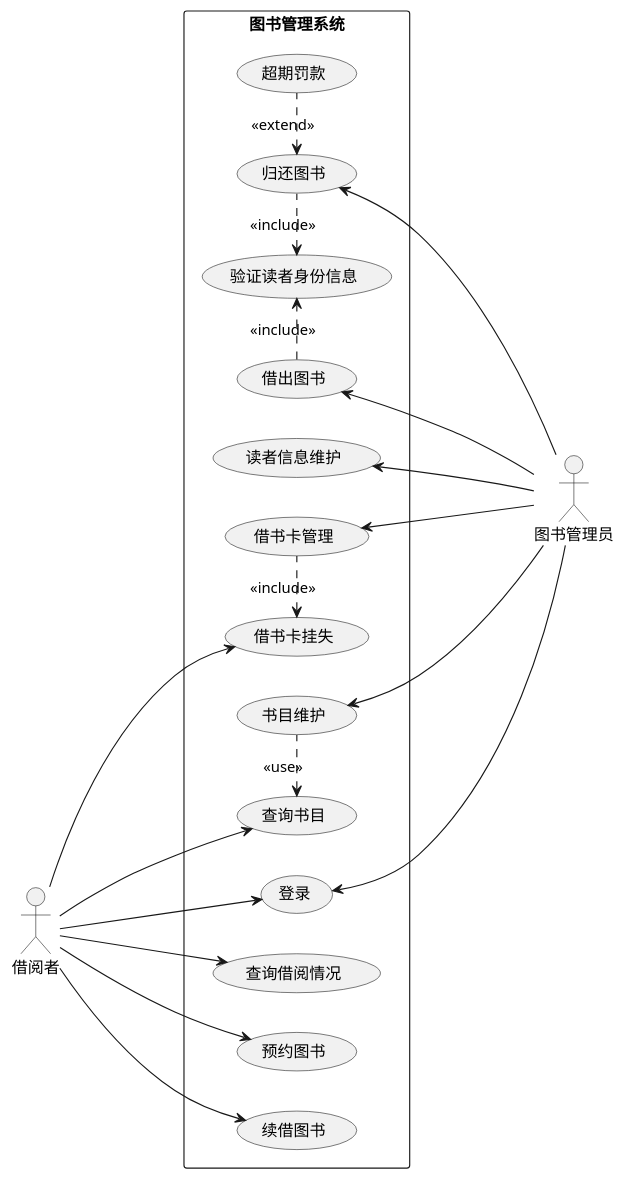
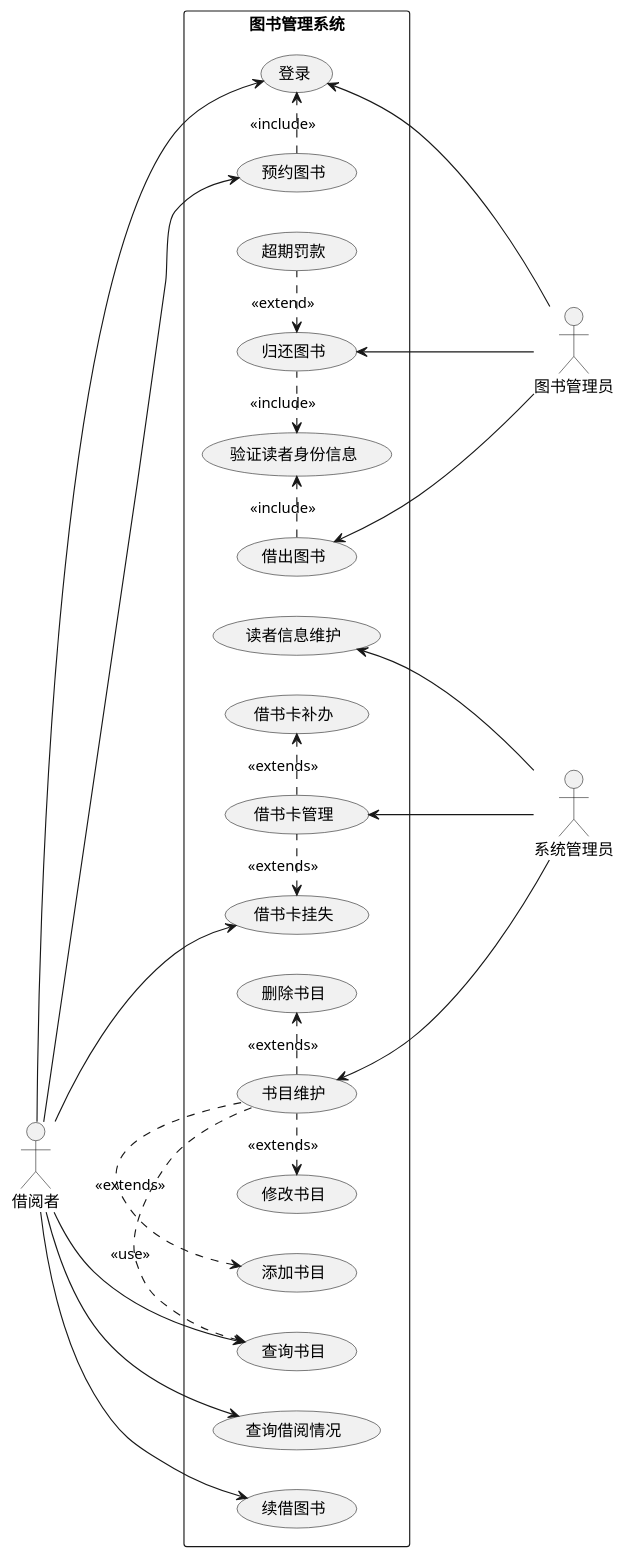
Before and after one commit to chengxinkaicxk/is_analysis: the diagram in test2/libManagerSys.puml, drawn with PlantUML. The commit also changed 1 other file, not shown here.

```diff
--- a/test2/libManagerSys.puml
+++ b/test2/libManagerSys.puml
@@ -1,27 +1,36 @@
 @startuml
 
 left to right direction
+:系统管理员: as SysAdmin
 :图书管理员: as Admin
 :借阅者: as User
 
 
-rectangle 图书管理系统 {
-User ---> (登录)
-User ---> (查询借阅情况)
-User ---> (预约图书)
-User ---> (续借图书)
-User ---> (查询书目)
-User ---> (借书卡挂失)
+rectangle 图书管理系统{
+User --> (登录)
+User --> (查询借阅情况)
+User --> (预约图书)
+(预约图书).>(登录):<<include>>
+User --> (续借图书)
+User --> (查询书目)
+User --> (借书卡挂失)
+
 (借出图书).>(验证读者身份信息):<<include>>
-(借出图书) <- Admin
+(借出图书) <-  Admin
 (验证读者身份信息)<.(归还图书):<<include>>
 (归还图书)<.(超期罚款):<<extend>>
 (归还图书) <- Admin
-(读者信息维护) <- Admin
-(借书卡管理) <- Admin
-(借书卡挂失)<.(借书卡管理):<<include>>
 (登录)<--- Admin
-(书目维护) <--- Admin
+
+(读者信息维护) <- SysAdmin
+(借书卡管理).>(借书卡补办):<<extends>>
+(借书卡管理) <- SysAdmin
+(借书卡挂失)<.(借书卡管理):<<extends>>
+(书目维护) <--- SysAdmin
+(书目维护).>(删除书目):<<extends>>
+(修改书目)<.(书目维护):<<extends>>
+(添加书目)<.(书目维护):<<extends>>
 (查询书目)<.(书目维护):<<use>>
 }
+
 @enduml
```
